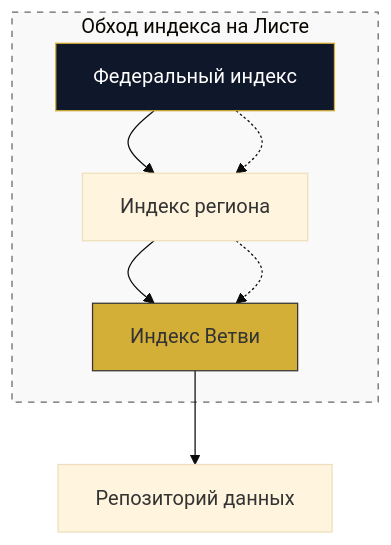
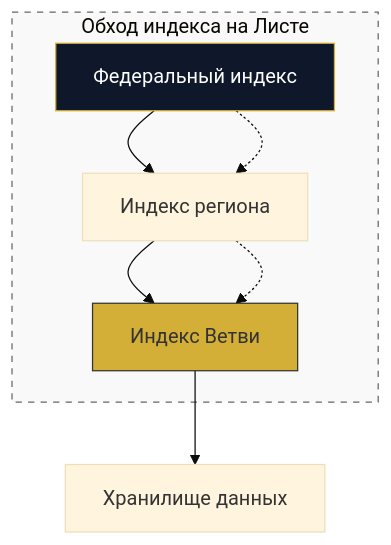
One commit to Data-Independence-Network/presentations changed diagram 13 of 51 in shared_docs/Технический документ платформы Турбаза.md. Above: the diagram before and after it, drawn with Mermaid (base theme). The commit also changed other lines of this file and 8 other files, not shown here.

````diff
--- a/shared_docs/Технический документ платформы Турбаза.md
+++ b/shared_docs/Технический документ платформы Турбаза.md
@@ -311,15 +311,15 @@
 ```mermaid
 graph TD
     Root[Федеральный индекс] --> State[Индекс региона]
     State --> Branch[Индекс Ветви]
-    Branch --> Repo[Репозиторий данных]
+    Branch --> Repo[Хранилище данных]
     
     subgraph Leaf_Traverse [Обход индекса на Листе]
         Root -.-> State
         State -.-> Branch
     end
 
     style Root fill:#0F172A,stroke:#D4AF37,color:#fff
     style Branch fill:#D4AF37,stroke:#333
     style Leaf_Traverse fill:#f9f9f9,stroke:#666,stroke-dasharray: 5 5
 ```
````
